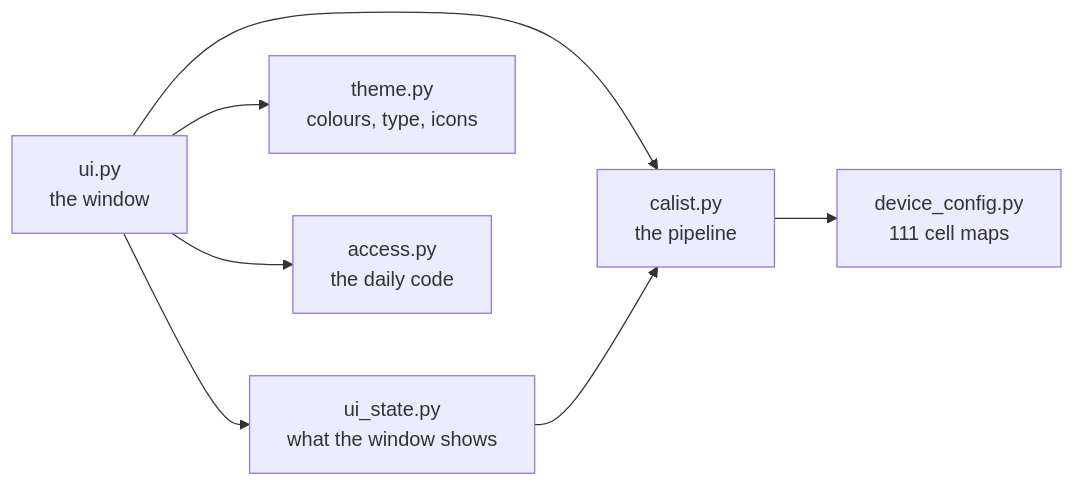
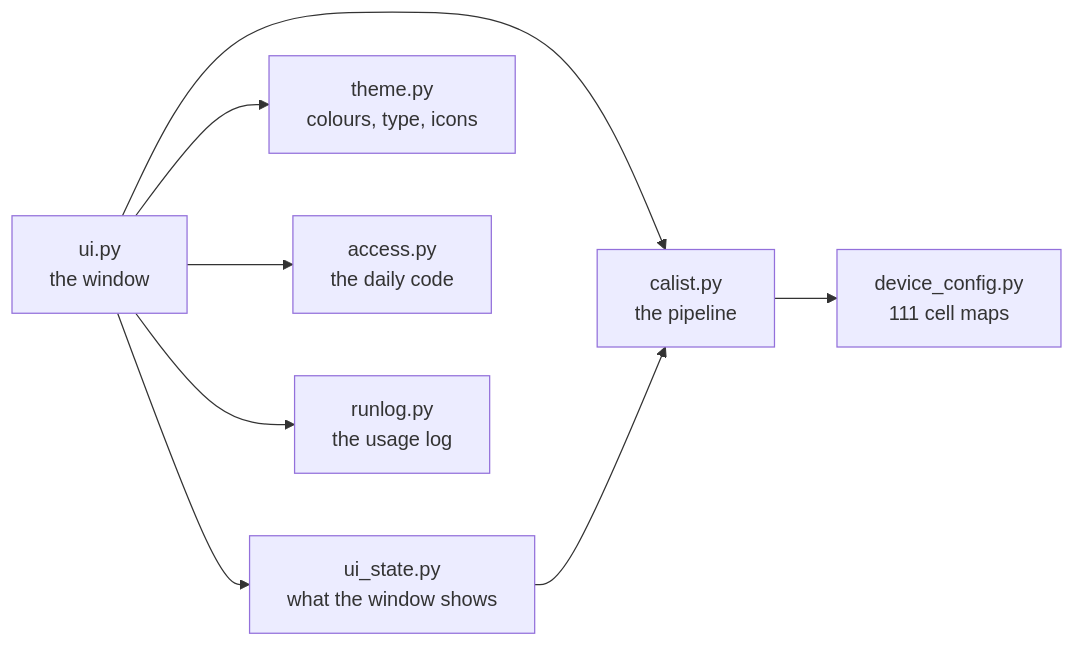
The third of 3 diagrams in README.md (AhmedGehad1/Calist), drawn with Mermaid before and after one commit. The commit also changed other lines of this file and 4 other files, not shown here.

````diff
--- a/README.md
+++ b/README.md
@@ -878,9 +902,10 @@
 ```mermaid
 flowchart LR
     ui["ui.py<br/>the window"] --> calist["calist.py<br/>the pipeline"]
     ui --> state["ui_state.py<br/>what the window shows"]
     ui --> theme["theme.py<br/>colours, type, icons"]
     ui --> access["access.py<br/>the daily code"]
+    ui --> runlog["runlog.py<br/>the usage log"]
     state --> calist
     calist --> config["device_config.py<br/>111 cell maps"]
 ```
````
